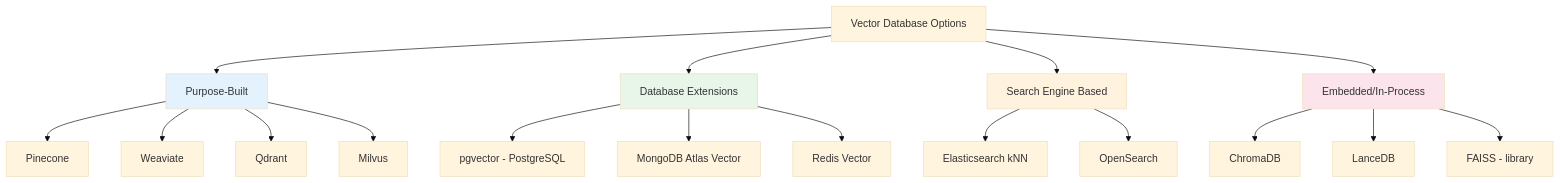
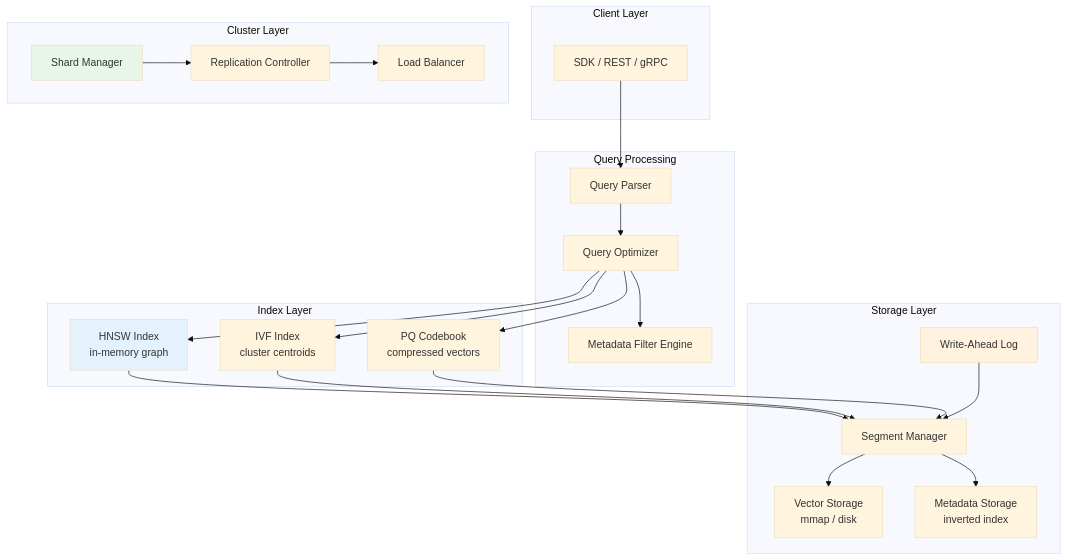
Before and after one commit to harsh786/System-Design: the first of 2 diagrams in AI-Learning-Claude/04-vector-databases/02-vector-database-fundamentals.md, drawn with Mermaid (base theme). The commit also changed other lines of this file and 119 other files, not shown here.

````diff
--- a/AI-Learning-Claude/04-vector-databases/02-vector-database-fundamentals.md
+++ b/AI-Learning-Claude/04-vector-databases/02-vector-database-fundamentals.md
@@ -41,28 +199,43 @@
 ```mermaid
-graph TD
-    A[Vector Database Options] --> B[Purpose-Built]
-    A --> C[Database Extensions]
-    A --> D[Search Engine Based]
-    A --> E[Embedded/In-Process]
-    
-    B --> B1[Pinecone]
-    B --> B2[Weaviate]
-    B --> B3[Qdrant]
-    B --> B4[Milvus]
-    
-    C --> C1[pgvector - PostgreSQL]
-    C --> C2[MongoDB Atlas Vector]
-    C --> C3[Redis Vector]
-    
-    D --> D1[Elasticsearch kNN]
-    D --> D2[OpenSearch]
-    
-    E --> E1[ChromaDB]
-    E --> E2[LanceDB]
-    E --> E3[FAISS - library]
-    
-    style B fill:#e3f2fd
-    style C fill:#e8f5e9
-    style D fill:#fff3e0
-    style E fill:#fce4ec
+graph TB
+    subgraph "Client Layer"
+        SDK[SDK / REST / gRPC]
+    end
+
+    subgraph "Query Processing"
+        QP[Query Parser]
+        QO[Query Optimizer]
+        MF[Metadata Filter Engine]
+    end
+
+    subgraph "Index Layer"
+        HNSW[HNSW Index<br/>in-memory graph]
+        IVF[IVF Index<br/>cluster centroids]
+        PQ[PQ Codebook<br/>compressed vectors]
+    end
+
+    subgraph "Storage Layer"
+        WAL[Write-Ahead Log]
+        SEG[Segment Manager]
+        VS[Vector Storage<br/>mmap / disk]
+        MS[Metadata Storage<br/>inverted index]
+    end
+
+    subgraph "Cluster Layer"
+        SHARD[Shard Manager]
+        REP[Replication Controller]
+        LB[Load Balancer]
+    end
+
+    SDK --> QP --> QO
+    QO --> MF
+    QO --> HNSW & IVF & PQ
+    HNSW & IVF & PQ --> SEG
+    SEG --> VS & MS
+    WAL --> SEG
+    SHARD --> REP --> LB
+
+    style HNSW fill:#e3f2fd
+    style WAL fill:#fff3e0
+    style SHARD fill:#e8f5e9
 ```
````
